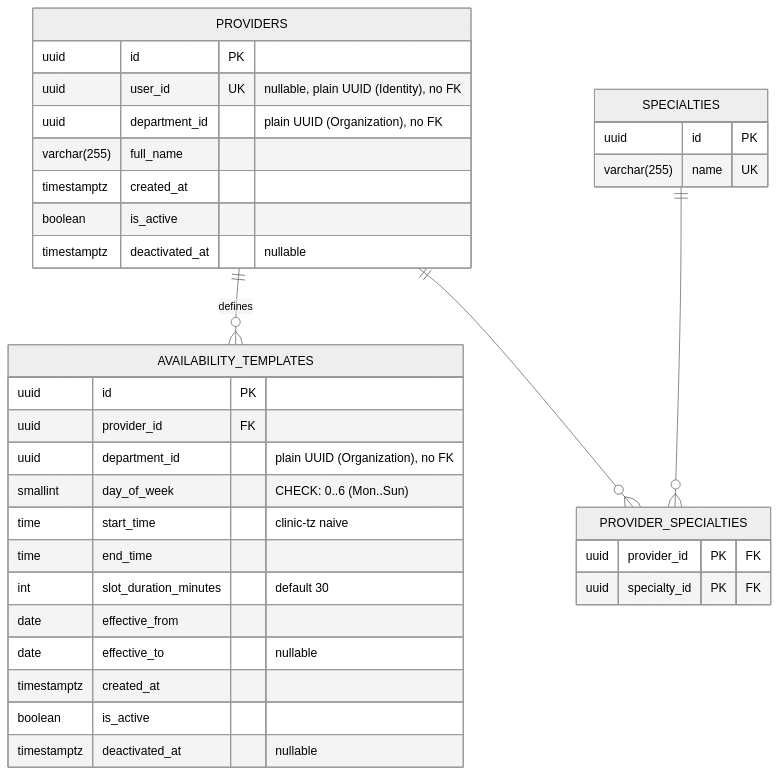
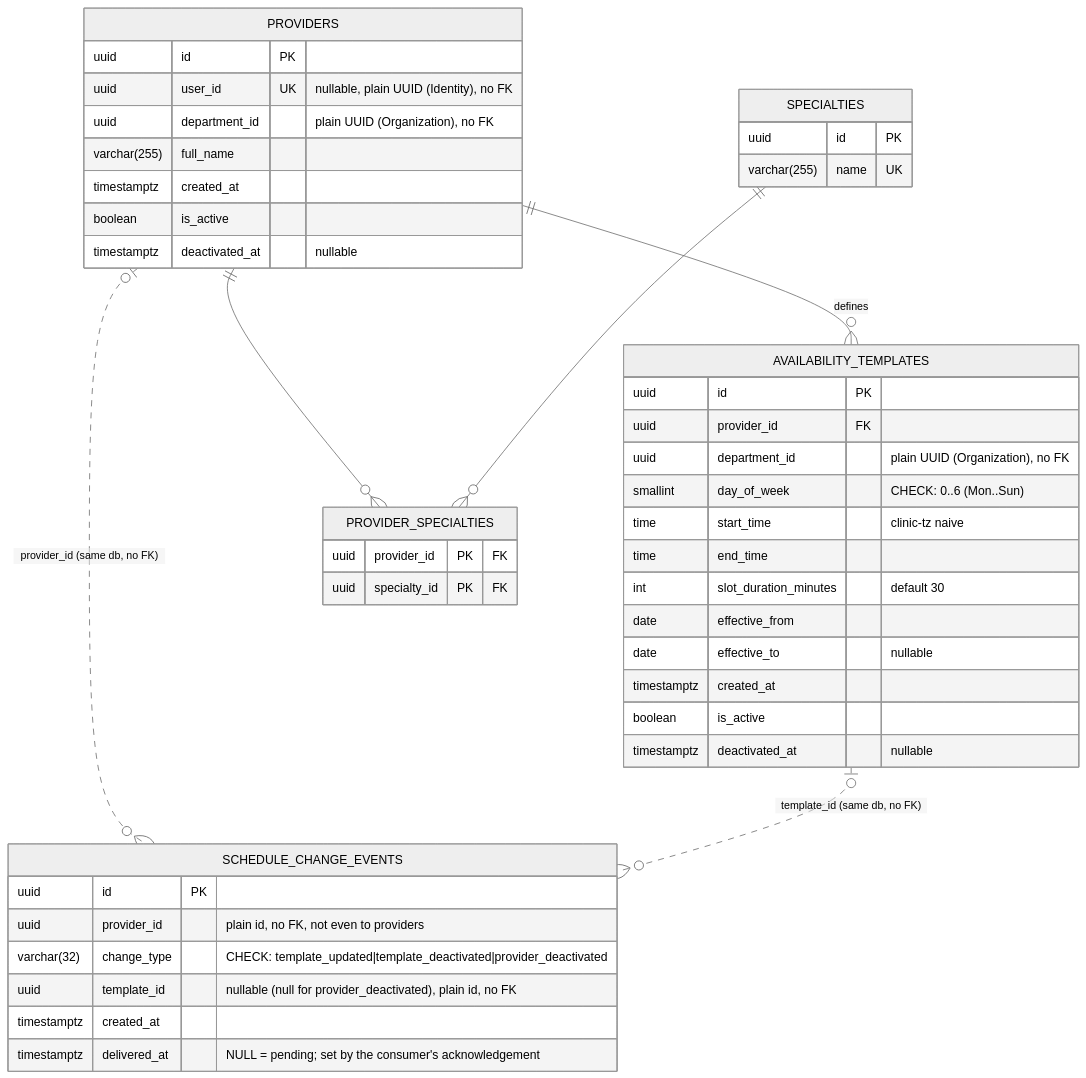
Before and after one commit to umarEmumba/smarthealth: the third of 8 diagrams in docs/erd.md, drawn with Mermaid (neutral theme). The commit also changed other lines of this file and 4 other files, not shown here.

First line of the commit message:
docs(02.1-13): README, architecture doc and ERD describe the Phase 2.1 system

````diff
--- a/docs/erd.md
+++ b/docs/erd.md
@@ -67,38 +74,48 @@
 ```mermaid
 erDiagram
     PROVIDERS ||--o{ AVAILABILITY_TEMPLATES : "defines"
     PROVIDERS ||--o{ PROVIDER_SPECIALTIES : ""
     SPECIALTIES ||--o{ PROVIDER_SPECIALTIES : ""
+    PROVIDERS |o..o{ SCHEDULE_CHANGE_EVENTS : "provider_id (same db, no FK)"
+    AVAILABILITY_TEMPLATES |o..o{ SCHEDULE_CHANGE_EVENTS : "template_id (same db, no FK)"
 
     PROVIDERS {
         uuid id PK
         uuid user_id UK "nullable, plain UUID (Identity), no FK"
         uuid department_id "plain UUID (Organization), no FK"
         varchar(255) full_name
         timestamptz created_at
         boolean is_active
         timestamptz deactivated_at "nullable"
     }
     SPECIALTIES {
         uuid id PK
         varchar(255) name UK
     }
     PROVIDER_SPECIALTIES {
         uuid provider_id PK "FK"
         uuid specialty_id PK "FK"
     }
     AVAILABILITY_TEMPLATES {
         uuid id PK
         uuid provider_id FK
         uuid department_id "plain UUID (Organization), no FK"
         smallint day_of_week "CHECK: 0..6 (Mon..Sun)"
         time start_time "clinic-tz naive"
         time end_time
         int slot_duration_minutes "default 30"
         date effective_from
         date effective_to "nullable"
         timestamptz created_at
         boolean is_active
         timestamptz deactivated_at "nullable"
     }
+    SCHEDULE_CHANGE_EVENTS {
+        uuid id PK
+        uuid provider_id "plain id, no FK, not even to providers"
+        varchar(32) change_type "CHECK: template_updated|template_deactivated|provider_deactivated"
+        uuid template_id "nullable (null for provider_deactivated), plain id, no FK"
+        timestamptz created_at
+        timestamptz delivered_at "NULL = pending; set by the consumer's acknowledgement"
+    }
 ```
````
